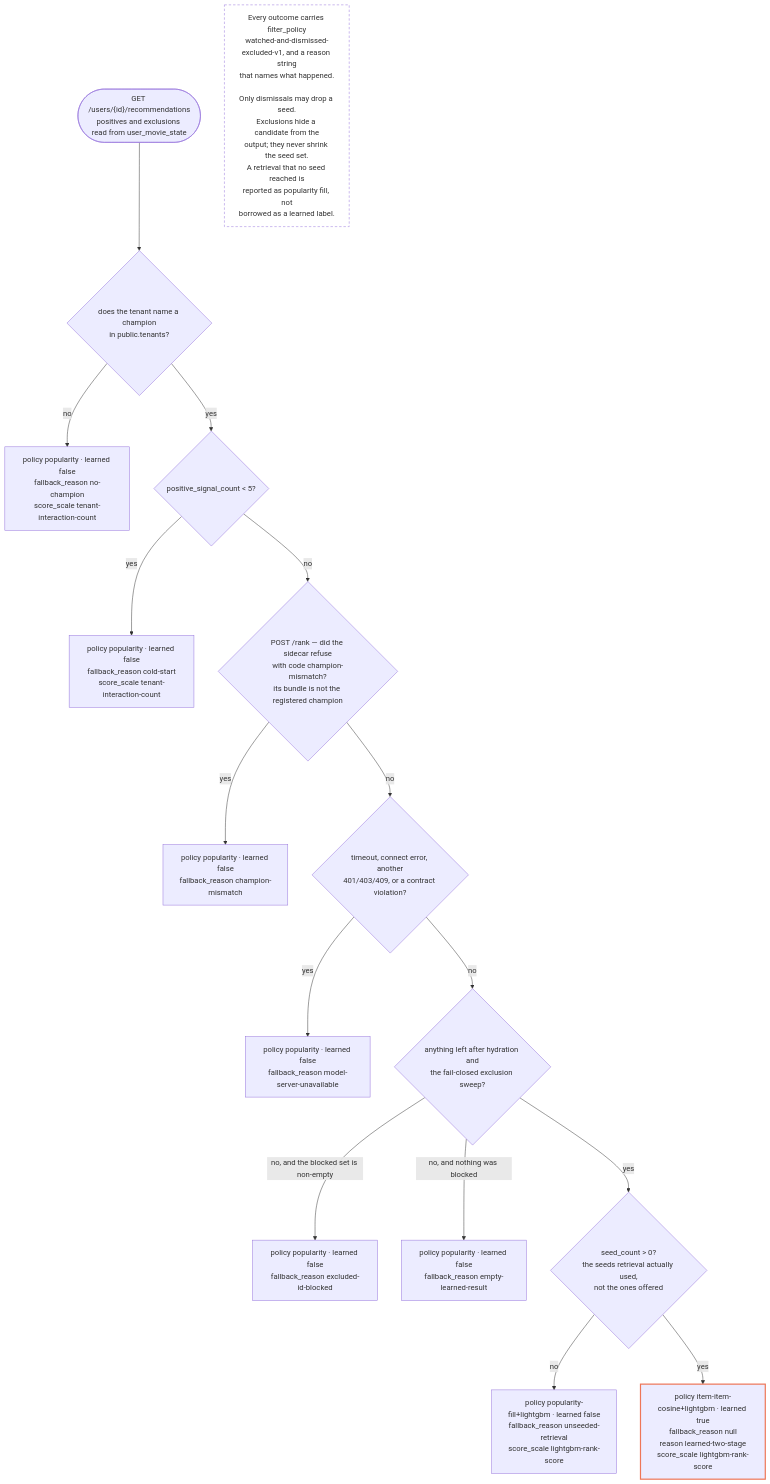
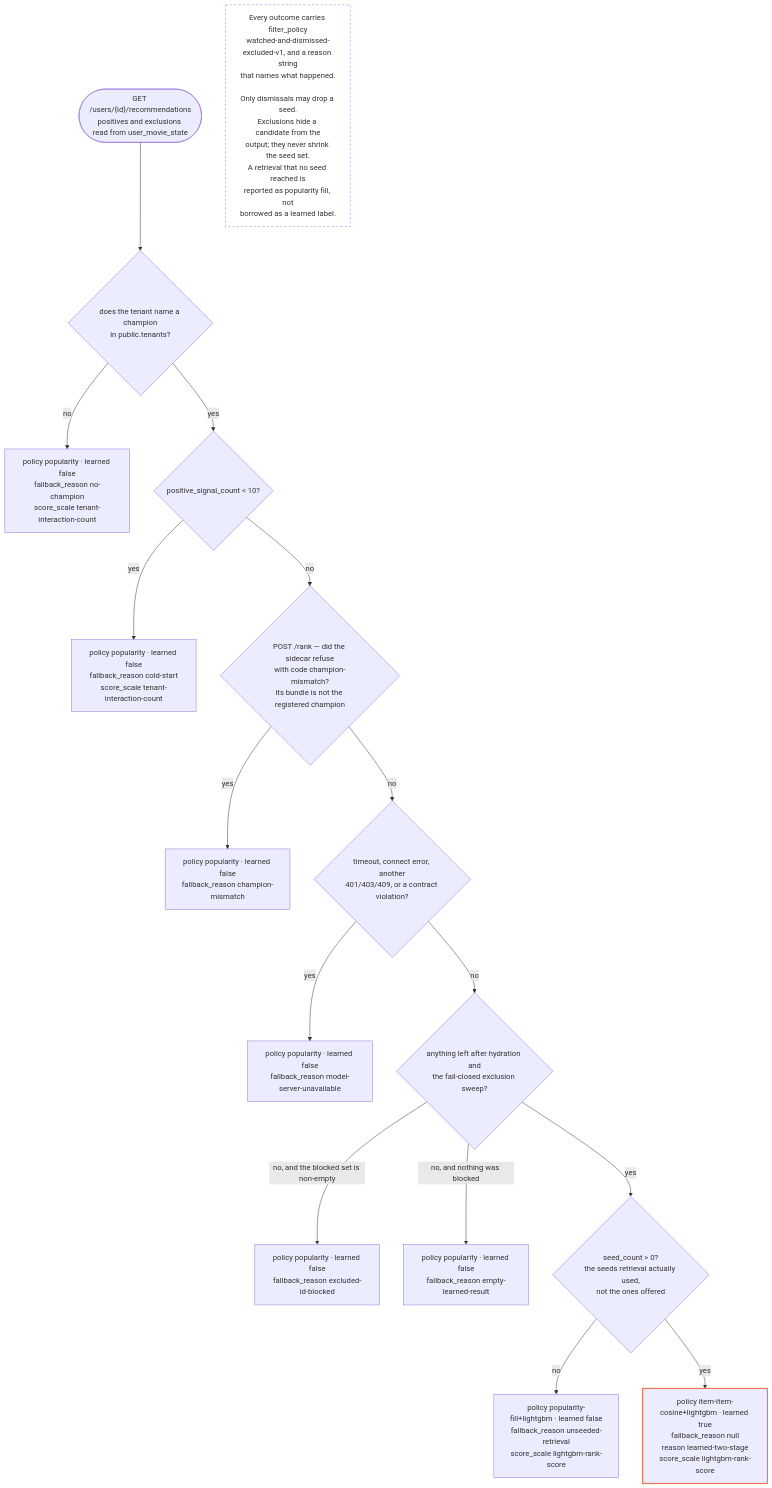
The diagram in docs/diagrams/src/serving-policy-decision.mmd (kudratsingh/MovieLens-RecSys), drawn with Mermaid before and after one commit. The commit also changed 60 other files, not shown here.

```diff
--- a/docs/diagrams/src/serving-policy-decision.mmd
+++ b/docs/diagrams/src/serving-policy-decision.mmd
@@ -1,45 +1,46 @@
 %% Sources: src/serving/tenancy/router.py (the champion the tenant is registered
 %% on, from public.tenants — migration 0016),
 %% src/serving/orchestration.py (the gates, in evaluation order),
 %% src/serving/policy.py (the shared vocabulary), src/serving/models.py,
 %% src/models/artifacts.py (CandidateIndex.retrieve and seed_count),
-%% src/evaluation/protocol.py (COLD_START_THRESHOLD = 5),
+%% src/evaluation/protocol.py (COLD_START_THRESHOLD = 10, ADR 0001 as amended
+%% 2026-08-30),
 %% infra/model-bundle/manifest.json (candidate artifact_type = item-item-cosine).
 %% Every policy and reason string below is the literal the code emits.
 flowchart TB
   IN(["GET /users/{id}/recommendations<br/>positives and exclusions read from user_movie_state"])
 
   G0{"does the tenant name a champion<br/>in public.tenants?"}
   IN --> G0
   G0 -- no --> P0["policy popularity · learned false<br/>fallback_reason no-champion<br/>score_scale tenant-interaction-count"]
 
-  G1{"positive_signal_count &lt; 5?"}
+  G1{"positive_signal_count &lt; 10?"}
   G0 -- yes --> G1
   G1 -- yes --> P1["policy popularity · learned false<br/>fallback_reason cold-start<br/>score_scale tenant-interaction-count"]
 
   G2A{"POST /rank — did the sidecar refuse<br/>with code champion-mismatch?<br/>its bundle is not the registered champion"}
   G1 -- no --> G2A
   G2A -- yes --> P2A["policy popularity · learned false<br/>fallback_reason champion-mismatch"]
 
   G2{"timeout, connect error, another<br/>401/403/409, or a contract violation?"}
   G2A -- no --> G2
   G2 -- yes --> P2["policy popularity · learned false<br/>fallback_reason model-server-unavailable"]
 
   G3{"anything left after hydration and<br/>the fail-closed exclusion sweep?"}
   G2 -- no --> G3
   G3 -- "no, and the blocked set is non-empty" --> P3["policy popularity · learned false<br/>fallback_reason excluded-id-blocked"]
   G3 -- "no, and nothing was blocked" --> P4["policy popularity · learned false<br/>fallback_reason empty-learned-result"]
 
   G4{"seed_count &gt; 0?<br/>the seeds retrieval actually used,<br/>not the ones offered"}
   G3 -- yes --> G4
   G4 -- no --> P5["policy popularity-fill+lightgbm · learned false<br/>fallback_reason unseeded-retrieval<br/>score_scale lightgbm-rank-score"]
   G4 -- yes --> P6["policy item-item-cosine+lightgbm · learned true<br/>fallback_reason null<br/>reason learned-two-stage<br/>score_scale lightgbm-rank-score"]
 
   NOTE["Every outcome carries filter_policy<br/>watched-and-dismissed-<br/>excluded-v1, and a reason string<br/>that names what happened.<br/><br/>Only dismissals may drop a seed.<br/>Exclusions hide a candidate from the<br/>output; they never shrink the seed set.<br/>A retrieval that no seed reached is<br/>reported as popularity fill, not<br/>borrowed as a learned label."]
 
   %% One hard-coded coral: a classDef is not theme-aware, and this border has
   %% to read on white and on #0b0a09 alike.
   classDef learned stroke:#ee7657,stroke-width:2.5px
   class P6 learned
   classDef note fill:#00000000,stroke-dasharray:5 4
   class NOTE note
```
